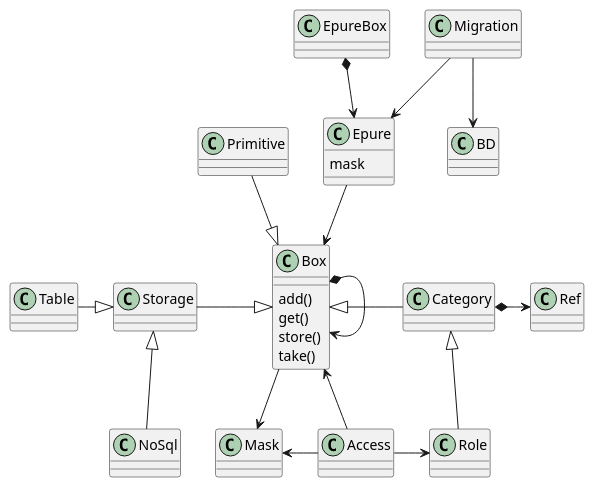
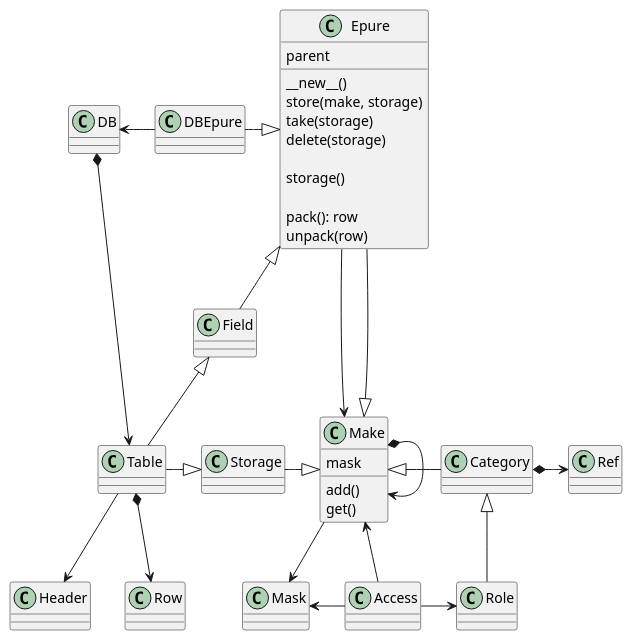
The diagram in uml/epure.wsd (nagvalhm/epure), drawn with PlantUML before and after one commit. The commit also changed 2 other files, not shown here.

```diff
--- a/uml/epure.wsd
+++ b/uml/epure.wsd
@@ -1,48 +1,65 @@
 
 ' enum box{
 '     null(abstract)
 '     this(parent)
 '     Storage.get(storageName)
 ' }
 
 class Epure{
+    parent
+    __new__()    
+    store(make, storage)
+    take(storage)
+    delete(storage)
+
+    storage()
+
+    pack(): row
+    unpack(row)
+}
+
+class Make{
+    add()
+    get()
     mask
 }
 
-class Box{
-    add()
-    get()
-    store()
-    take()
-}
-
 ' Storage <|-- EpureStorage
-EpureBox *--> Epure
+' EpureBox *--> Epure
 ' Model --> container
-Epure --> Box
-Box <|-up- Primitive
+Epure --> Make
+' Make <|-up- Primitive
 
 
-Box *--> Box
-Box <|-left- Storage
+Make *--> Make
+Make <|-left- Storage
 Storage <|-left- Table
-Storage <|-- NoSql
+' Storage <|-- NoSql
+
+Epure --|> Make
+Epure <|-left- DBEpure
+Field -up-|> Epure
+DBEpure -left-> DB
+Field <|-- Table
+DB *--> Table
+Table --> Header
+Table *--> Row
 
 Category *-right-> Ref
-Box <|-right- Category
-Box --> Mask
+Make <|-right- Category
+Make --> Mask
 
 
 ' Model --> View
 ' Category <|-- View
 ' View o--> Model
 
 Category <|-- Role
 ' Access -up-> Node
     Access -right-> Role
     Access -left-> Mask
-    Access -up-> Box
+    Access -up-> Make
     ' Access -down-> Predicate
 
-Migration --> BD
-Migration --> Epure
+' Migration --> BD
+' Migration --> Epure
```
